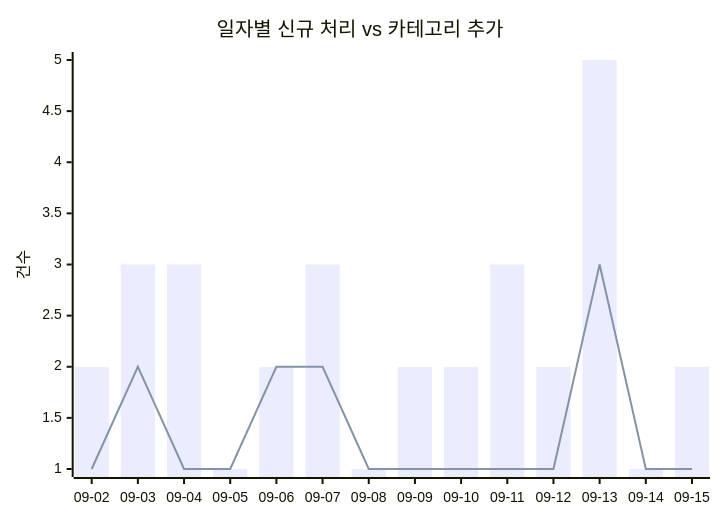
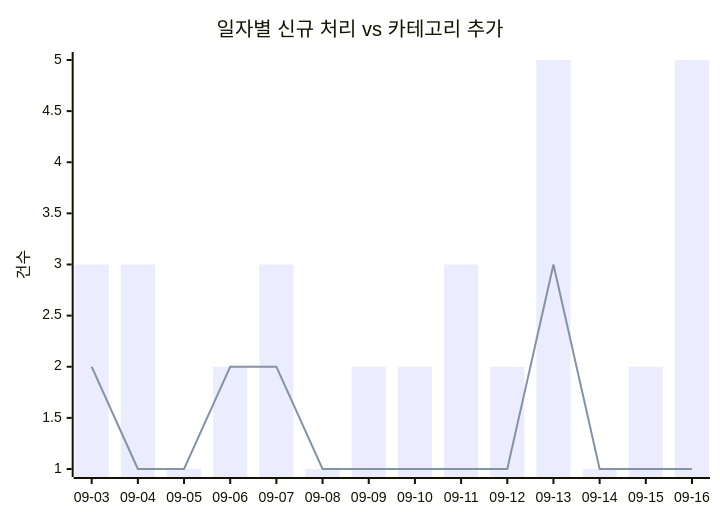
One commit to J-nowcow/awesome-korean-agent-skills changed the first of 2 diagrams in docs/trends.md. Above: the diagram before and after it, drawn with Mermaid. The commit also changed other lines of this file and 4 other files, not shown here.

````diff
--- a/docs/trends.md
+++ b/docs/trends.md
@@ -32,8 +32,8 @@
 ```mermaid
 xychart-beta
     title "일자별 신규 처리 vs 카테고리 추가"
-    x-axis ["09-02","09-03","09-04","09-05","09-06","09-07","09-08","09-09","09-10","09-11","09-12","09-13","09-14","09-15"]
+    x-axis ["09-03","09-04","09-05","09-06","09-07","09-08","09-09","09-10","09-11","09-12","09-13","09-14","09-15","09-16"]
     y-axis "건수"
-    bar [2,3,3,1,2,3,1,2,2,3,2,5,1,2]
-    line [1,2,1,1,2,2,1,1,1,1,1,3,1,1]
+    bar [3,3,1,2,3,1,2,2,3,2,5,1,2,5]
+    line [2,1,1,2,2,1,1,1,1,1,3,1,1,1]
 ```
````
